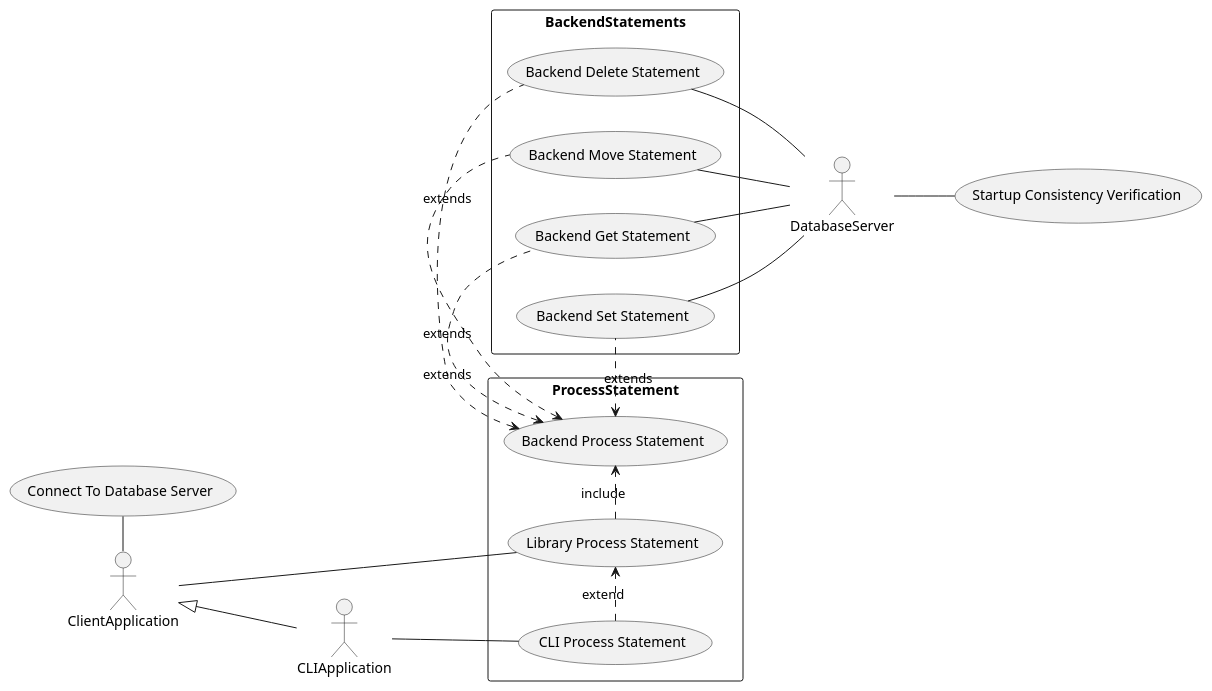
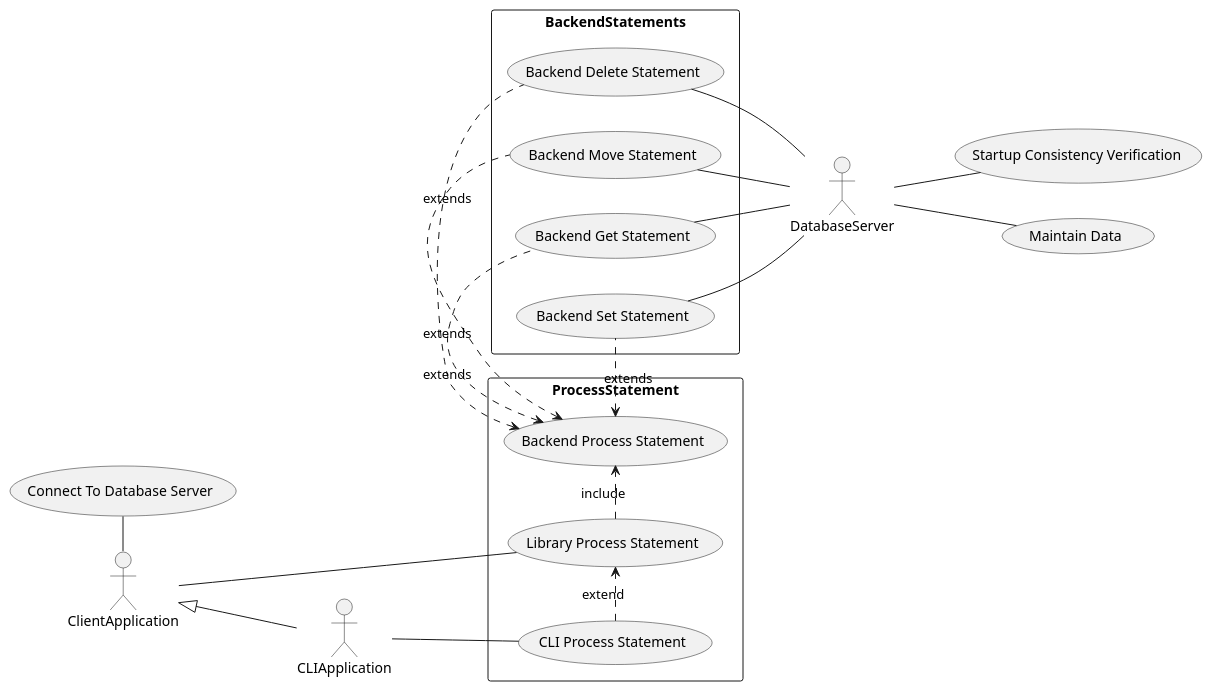
Before and after one commit to nyanzebra/aciddb: the diagram in design/use-case-diagram.wsd, drawn with PlantUML.

Commit message:
usecases with maintain data

```diff
--- a/design/use-case-diagram.wsd
+++ b/design/use-case-diagram.wsd
@@ -1,34 +1,35 @@
 @startuml
 left to right direction
 skinparam packageStyle rect
 
 actor DatabaseServer
 actor ClientApplication
 actor CLIApplication
 
 ClientApplication -left- (Connect To Database Server)
 
 ClientApplication <|-- CLIApplication
 
 rectangle ProcessStatement {
   (Library Process Statement) .> (Backend Process Statement) : include
   (CLI Process Statement) .> (Library Process Statement) : extend
   ClientApplication -- (Library Process Statement)
   CLIApplication -- (CLI Process Statement)
 }
 
 rectangle BackendStatements {
   (Backend Process Statement) <. (Backend Delete Statement) : extends
   (Backend Process Statement) <. (Backend Move Statement) : extends
   (Backend Process Statement) <. (Backend Get Statement) : extends
   (Backend Process Statement) <. (Backend Set Statement) : extends  
 }
 
 (Backend Delete Statement) -- DatabaseServer
 (Backend Move Statement) -- DatabaseServer
 (Backend Get Statement) -- DatabaseServer
 (Backend Set Statement) -- DatabaseServer
 
 DatabaseServer -- (Startup Consistency Verification)
+DatabaseServer -- (Maintain Data)
 
 @enduml
```
